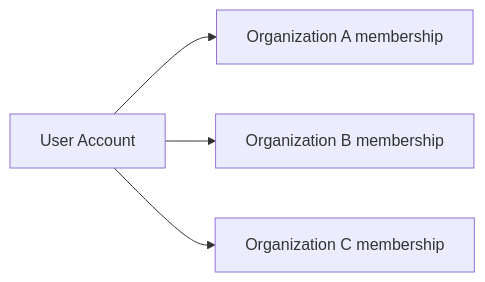
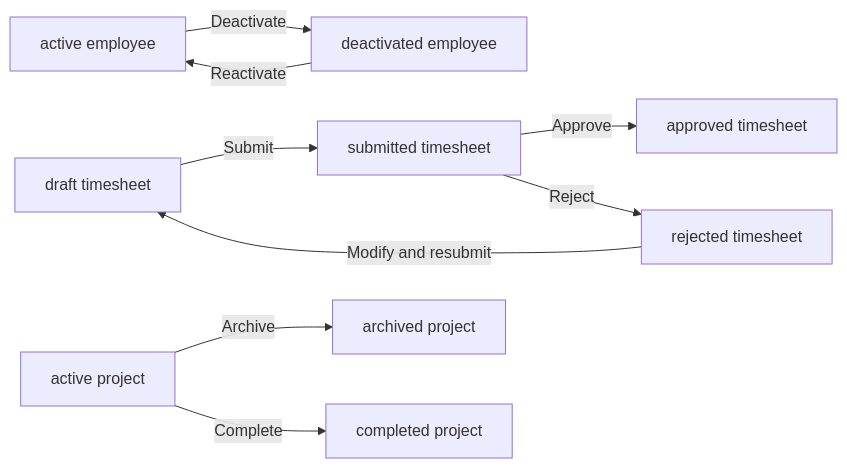
The seventh of 19 diagrams in openai/gpt-5.4-mini/erp/docs/analysis/02-domain-model.md (wrtnlabs/autobe-examples), drawn with Mermaid before and after one commit. The commit also changed other lines of this file and 9017 other files, not shown here.

````diff
--- a/openai/gpt-5.4-mini/erp/docs/analysis/02-domain-model.md
+++ b/openai/gpt-5.4-mini/erp/docs/analysis/02-domain-model.md
@@ -126,6 +521,11 @@
 ```mermaid
 flowchart LR
-    A["User Account"] --> B["Organization A membership"]
-    A --> C["Organization B membership"]
-    A --> D["Organization C membership"]
+    A["active employee"] -->|"Deactivate"| B["deactivated employee"]
+    B -->|"Reactivate"| A
+    C["draft timesheet"] -->|"Submit"| D["submitted timesheet"]
+    D -->|"Approve"| E["approved timesheet"]
+    D -->|"Reject"| F["rejected timesheet"]
+    F -->|"Modify and resubmit"| C
+    G["active project"] -->|"Archive"| H["archived project"]
+    G -->|"Complete"| I["completed project"]
 ```
````
